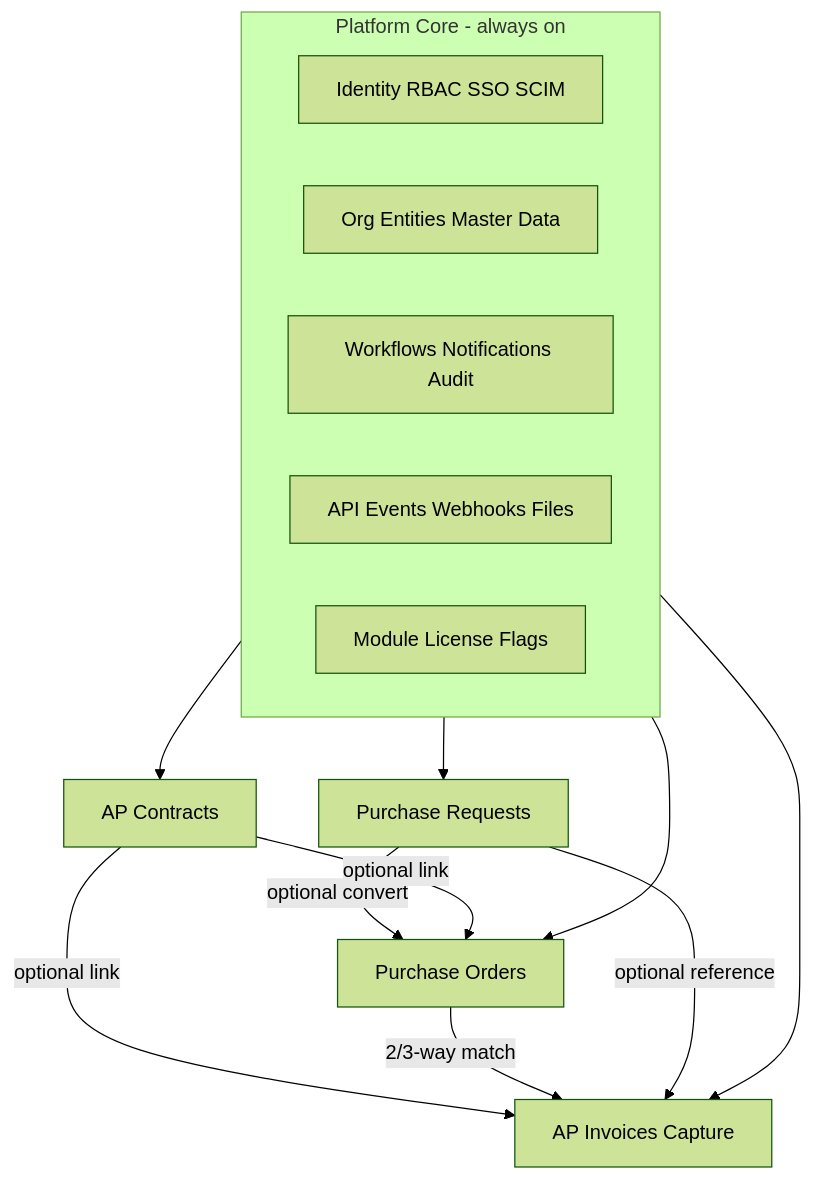
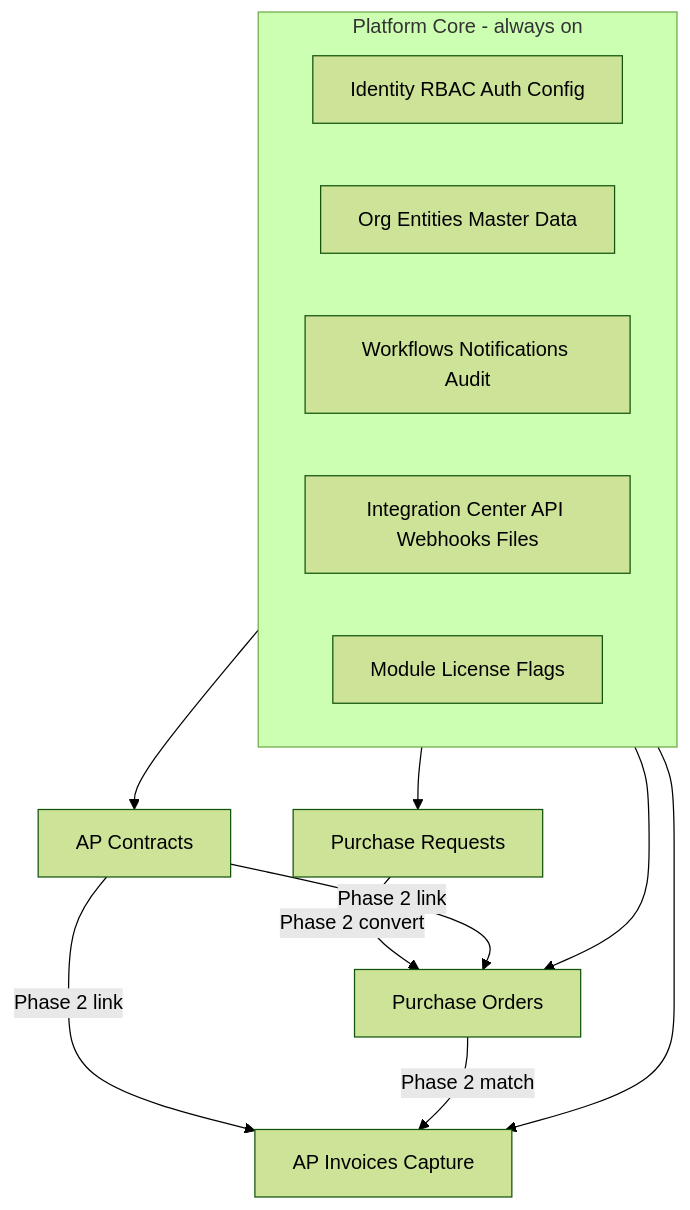
One commit to jakjed/Formify- changed the diagram in docs/PRODUCT_BLUEPRINT.md. Above: the diagram before and after it, drawn with Mermaid (forest theme). The commit also changed other lines of this file, not shown here.

First line of the commit message:
Lock Aptora decisions: invoices wedge and stack

````diff
--- a/docs/PRODUCT_BLUEPRINT.md
+++ b/docs/PRODUCT_BLUEPRINT.md
@@ -77,25 +80,24 @@
 ```mermaid
 flowchart TB
   subgraph platform [Platform Core - always on]
-    Id[Identity RBAC SSO SCIM]
+    Id[Identity RBAC Auth Config]
     Org[Org Entities Master Data]
     Wf[Workflows Notifications Audit]
-    Int[API Events Webhooks Files]
+    Int[Integration Center API Webhooks Files]
     Flags[Module License Flags]
   end
 
+  Inv[AP Invoices Capture]
   Contracts[AP Contracts]
   PR[Purchase Requests]
   PO[Purchase Orders]
-  Inv[AP Invoices Capture]
 
+  platform --> Inv
   platform --> Contracts
   platform --> PR
   platform --> PO
-  platform --> Inv
-  PR -->|"optional convert"| PO
-  Contracts -->|"optional link"| PO
-  Contracts -->|"optional link"| Inv
-  PO -->|"2/3-way match"| Inv
-  PR -->|"optional reference"| Inv
+  PR -->|"Phase 2 convert"| PO
+  Contracts -->|"Phase 2 link"| PO
+  Contracts -->|"Phase 2 link"| Inv
+  PO -->|"Phase 2 match"| Inv
 ```
````
